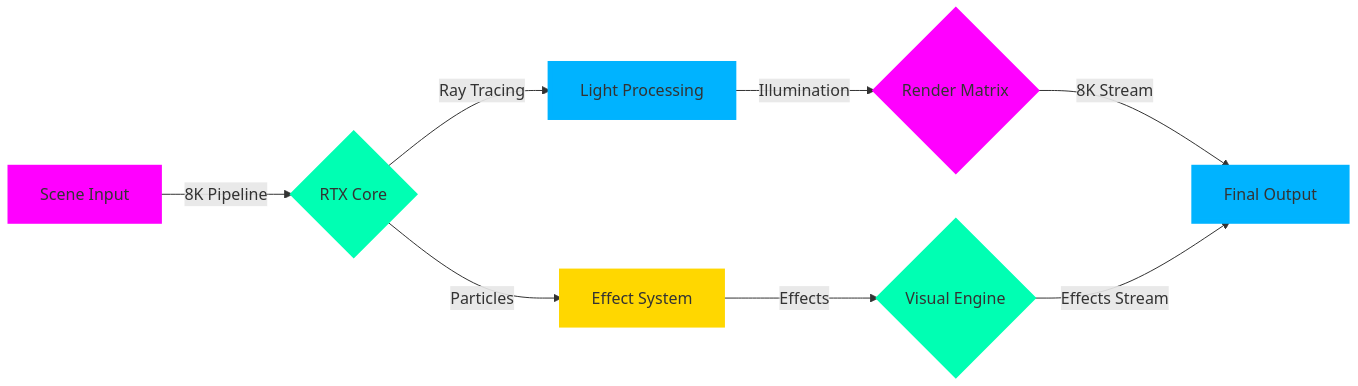
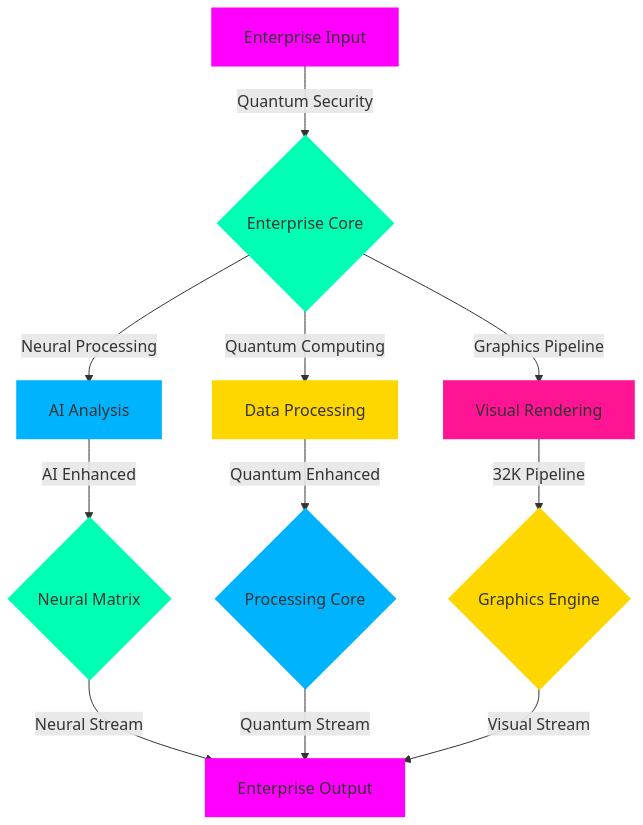
Before and after one commit to mohammadrmmr2003/rubikatelbot: the diagram in README.md, drawn with Mermaid. The commit also changed other lines of this file, not shown here.

````diff
--- a/README.md
+++ b/README.md
@@ -142,18 +167,23 @@
 ```mermaid
-flowchart LR
-    A[Scene Input] -->|8K Pipeline| B{RTX Core}
-    B -->|Ray Tracing| C[Light Processing]
-    B -->|Particles| D[Effect System]
-    C -->|Illumination| E{Render Matrix}
-    D -->|Effects| F{Visual Engine}
-    E -->|8K Stream| G[Final Output]
-    F -->|Effects Stream| G
+graph TD
+    A[Enterprise Input] -->|Quantum Security| B{Enterprise Core}
+    B -->|Neural Processing| C[AI Analysis]
+    B -->|Quantum Computing| D[Data Processing]
+    B -->|Graphics Pipeline| E[Visual Rendering]
+    C -->|AI Enhanced| F{Neural Matrix}
+    D -->|Quantum Enhanced| G{Processing Core}
+    E -->|32K Pipeline| H{Graphics Engine}
+    F -->|Neural Stream| I[Enterprise Output]
+    G -->|Quantum Stream| I
+    H -->|Visual Stream| I
     
     style A fill:#FF00FF,stroke:#FF00FF,stroke-width:5px
     style B fill:#00FFB3,stroke:#00FFB3,stroke-width:5px
     style C fill:#00B3FF,stroke:#00B3FF,stroke-width:5px
     style D fill:#FFD700,stroke:#FFD700,stroke-width:5px
-    style E fill:#FF00FF,stroke:#FF00FF,stroke-width:5px
+    style E fill:#FF1493,stroke:#FF1493,stroke-width:5px
     style F fill:#00FFB3,stroke:#00FFB3,stroke-width:5px
     style G fill:#00B3FF,stroke:#00B3FF,stroke-width:5px
+    style H fill:#FFD700,stroke:#FFD700,stroke-width:5px
+    style I fill:#FF00FF,stroke:#FF00FF,stroke-width:5px
 ```
````
